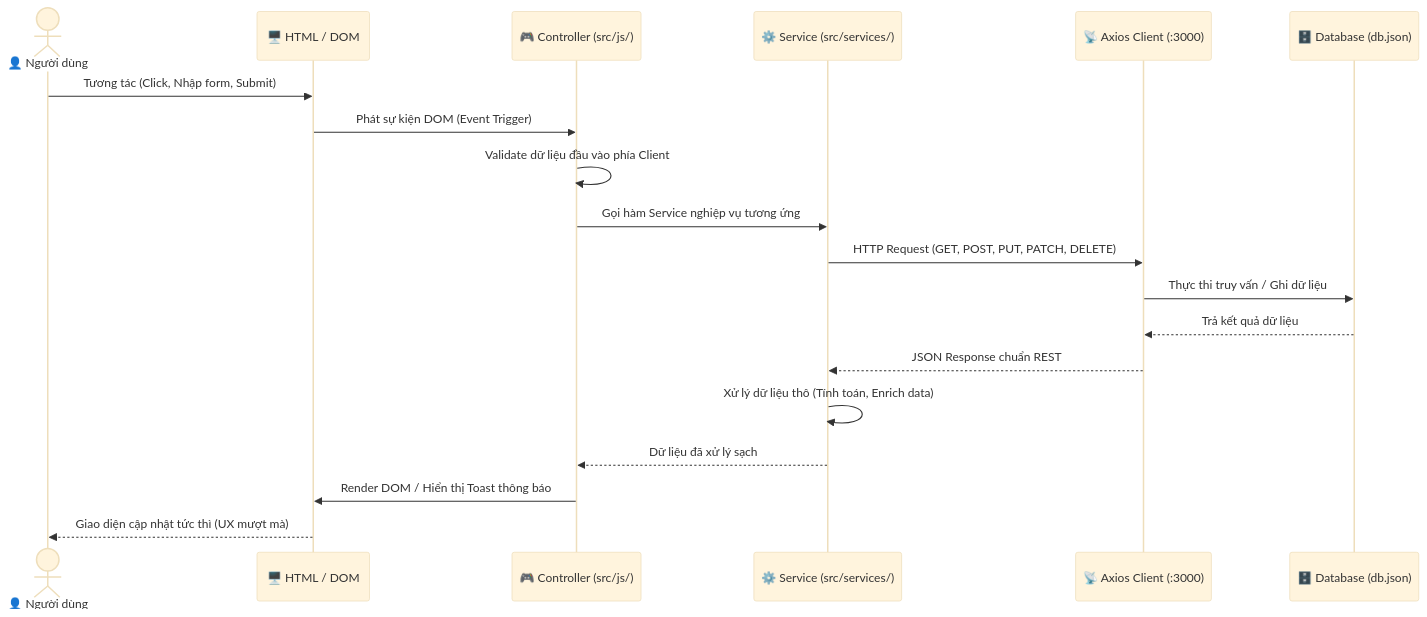
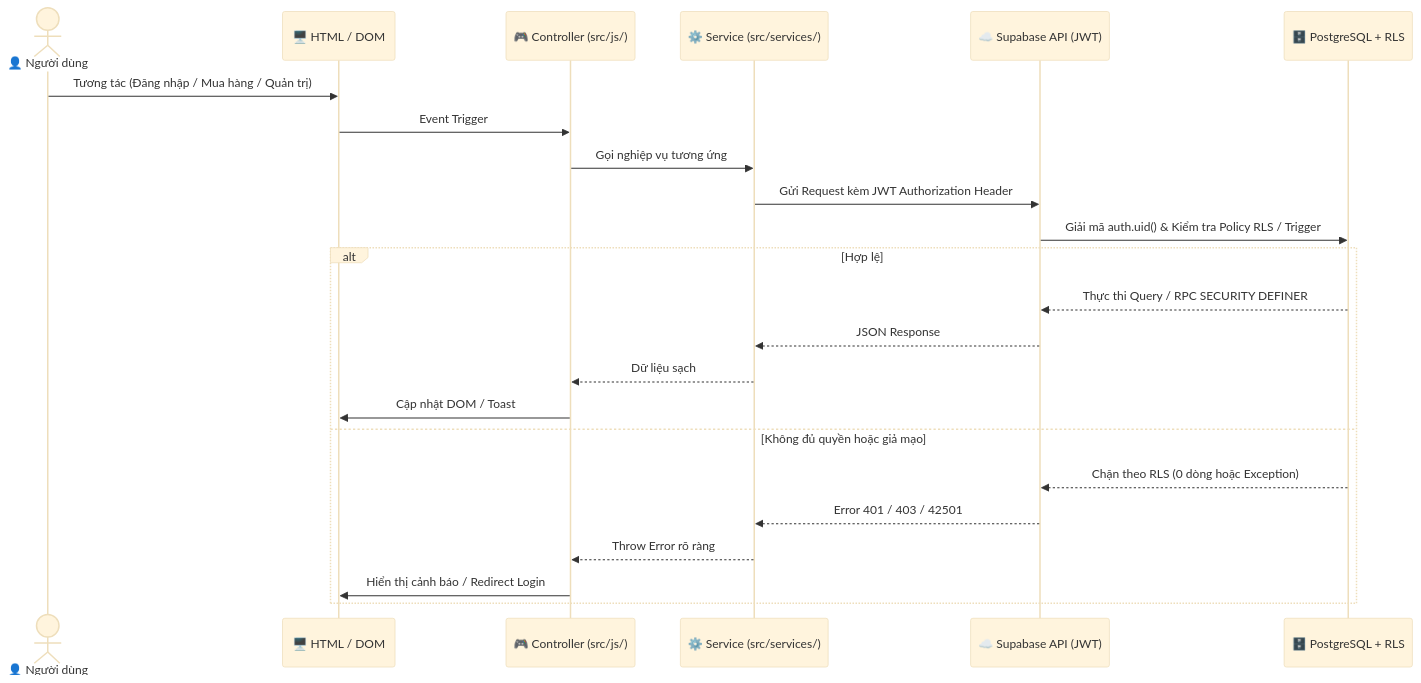
The third of 6 diagrams in docs/software_architecture_design.md (hieunguyenpro1919/nhasach), drawn with Mermaid (base theme) before and after one commit. The commit also changed other lines of this file and 4 other files, not shown here.

Commit message:
Update README and docs to match Supabase Auth, RLS, Storage, and Vercel deployment

````diff
--- a/docs/software_architecture_design.md
+++ b/docs/software_architecture_design.md
@@ -196,22 +184,26 @@
 ```mermaid
 sequenceDiagram
     actor User as 👤 Người dùng
     participant View as 🖥️ HTML / DOM
     participant Ctrl as 🎮 Controller (src/js/)
     participant Svc as ⚙️ Service (src/services/)
-    participant API as 📡 Axios Client (:3000)
-    participant DB as 🗄️ Database (db.json)
+    participant Supa as ☁️ Supabase API (JWT)
+    participant DB as 🗄️ PostgreSQL + RLS
 
-    User->>View: Tương tác (Click, Nhập form, Submit)
-    View->>Ctrl: Phát sự kiện DOM (Event Trigger)
-    Ctrl->>Ctrl: Validate dữ liệu đầu vào phía Client
-    Ctrl->>Svc: Gọi hàm Service nghiệp vụ tương ứng
-    Svc->>API: HTTP Request (GET, POST, PUT, PATCH, DELETE)
-    API->>DB: Thực thi truy vấn / Ghi dữ liệu
-    DB-->>API: Trả kết quả dữ liệu
-    API-->>Svc: JSON Response chuẩn REST
-    Svc->>Svc: Xử lý dữ liệu thô (Tính toán, Enrich data)
-    Svc-->>Ctrl: Dữ liệu đã xử lý sạch
-    Ctrl->>View: Render DOM / Hiển thị Toast thông báo
-    View-->>User: Giao diện cập nhật tức thì (UX mượt mà)
+    User->>View: Tương tác (Đăng nhập / Mua hàng / Quản trị)
+    View->>Ctrl: Event Trigger
+    Ctrl->>Svc: Gọi nghiệp vụ tương ứng
+    Svc->>Supa: Gửi Request kèm JWT Authorization Header
+    Supa->>DB: Giải mã auth.uid() & Kiểm tra Policy RLS / Trigger
+    alt Hợp lệ
+        DB-->>Supa: Thực thi Query / RPC SECURITY DEFINER
+        Supa-->>Svc: JSON Response
+        Svc-->>Ctrl: Dữ liệu sạch
+        Ctrl->>View: Cập nhật DOM / Toast
+    else Không đủ quyền hoặc giả mạo
+        DB-->>Supa: Chặn theo RLS (0 dòng hoặc Exception)
+        Supa-->>Svc: Error 401 / 403 / 42501
+        Svc-->>Ctrl: Throw Error rõ ràng
+        Ctrl->>View: Hiển thị cảnh báo / Redirect Login
+    end
 ```
````
